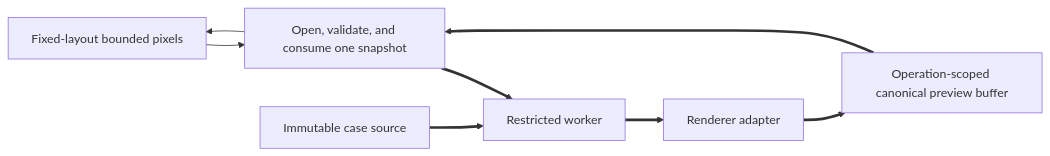
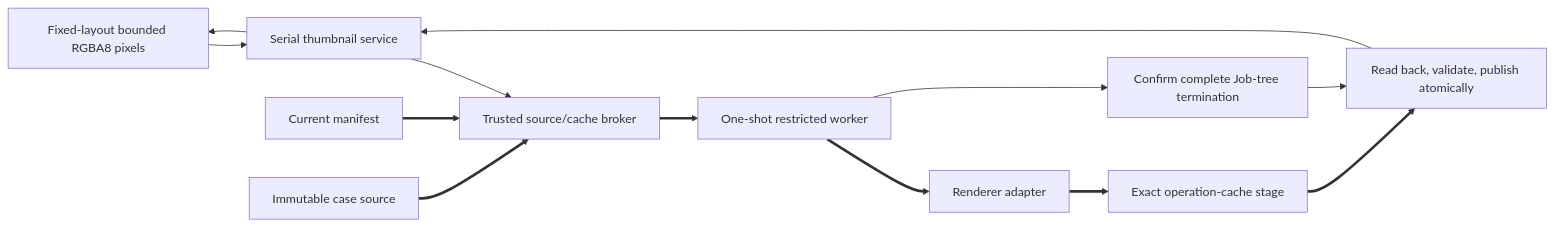
Before and after one commit to PikkuJanne/PaperWorkShell: the fifth of 9 diagrams in docs/security/data-flows.md, drawn with Mermaid. The commit also changed other lines of this file and 45 other files, not shown here.

Commit message:
PWS-0108 implement bounded thumbnail pipeline

````diff
--- a/docs/security/data-flows.md
+++ b/docs/security/data-flows.md
@@ -246,10 +246,15 @@
 ```mermaid
 flowchart LR
-    UI["UI requests internal page ID"] --> Broker["Worker client validates request"]
-    Broker ==> Worker["Restricted worker"]
-    Case["Immutable case source"] ==> Worker
+    UI["UI requests internal page ID"] --> App["Serial thumbnail service"]
+    App --> Broker["Trusted source/cache broker"]
+    Manifest["Current manifest"] ==> Broker
+    Source["Immutable case source"] ==> Broker
+    Broker ==> Worker["One-shot restricted worker"]
     Worker ==> Renderer["Renderer adapter"]
-    Renderer ==> Cache["Operation-scoped canonical preview buffer"]
-    Cache ==> Broker["Open, validate, and consume one snapshot"]
-    Broker --> UI["Fixed-layout bounded pixels"]
+    Renderer ==> Stage["Exact operation-cache stage"]
+    Worker --> Stop["Confirm complete Job-tree termination"]
+    Stop --> Validate["Read back, validate, publish atomically"]
+    Stage ==> Validate
+    Validate --> App
+    App --> UI["Fixed-layout bounded RGBA8 pixels"]
 ```
````
